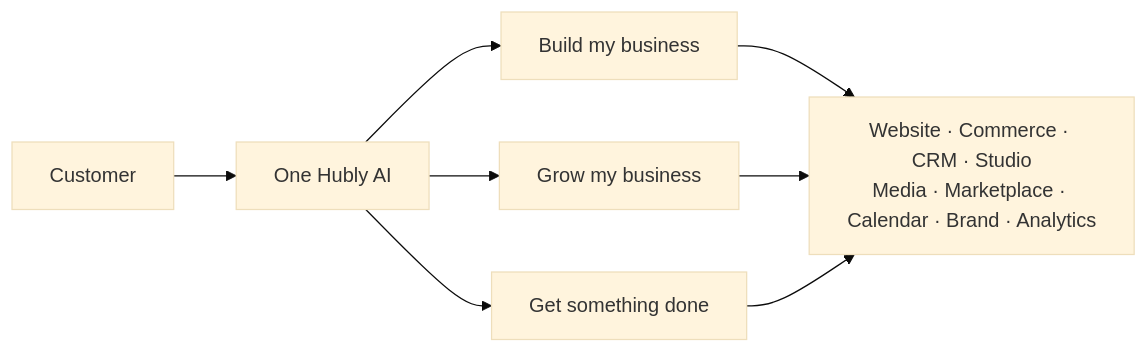
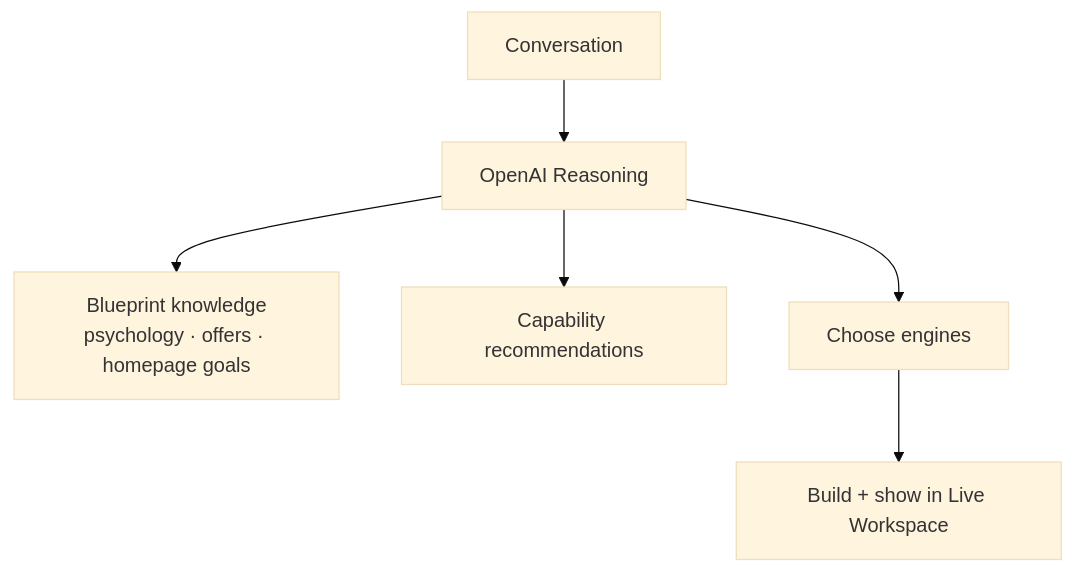
The fourth of 6 diagrams in docs/architecture/HUBLY_AI_V2_ARCHITECTURE_REVIEW.md (HubblyAdrian/Hubly), drawn with Mermaid (base theme) before and after one commit. The commit also changed other lines of this file, not shown here.

First line of the commit message:
Expand AI V2 architecture into long-term Hubly OS blueprint

````diff
--- a/docs/architecture/HUBLY_AI_V2_ARCHITECTURE_REVIEW.md
+++ b/docs/architecture/HUBLY_AI_V2_ARCHITECTURE_REVIEW.md
@@ -274,11 +144,8 @@
 ```mermaid
-flowchart LR
-  U[Customer] --> AI[One Hubly AI]
-  AI --> B[Build my business]
-  AI --> G[Grow my business]
-  AI --> D[Get something done]
-  B --> Engines
-  G --> Engines
-  D --> Engines
-  Engines[Website · Commerce · CRM · Studio<br/>Media · Marketplace · Calendar · Brand · Analytics]
+flowchart TD
+  Conv[Conversation] --> AI[OpenAI Reasoning]
+  AI --> BP[Blueprint knowledge<br/>psychology · offers · homepage goals]
+  AI --> Cap[Capability recommendations]
+  AI --> Eng[Choose engines]
+  Eng --> Show[Build + show in Live Workspace]
 ```
````
